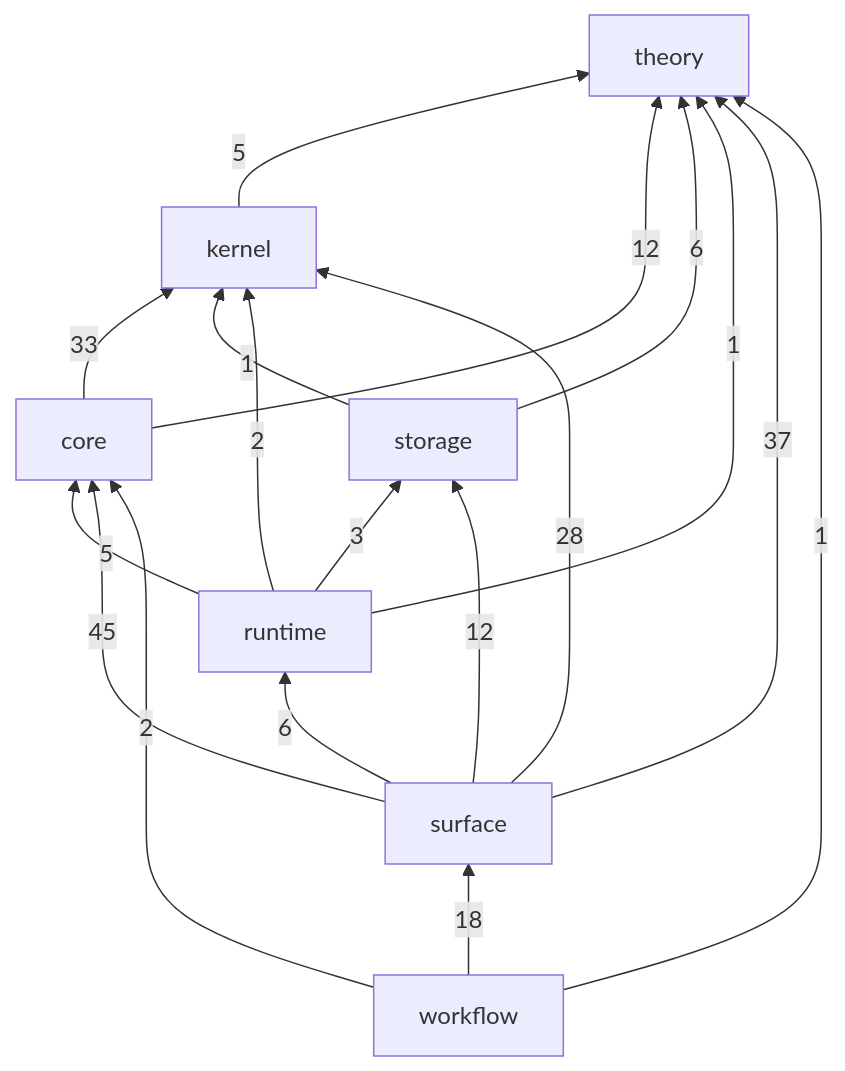
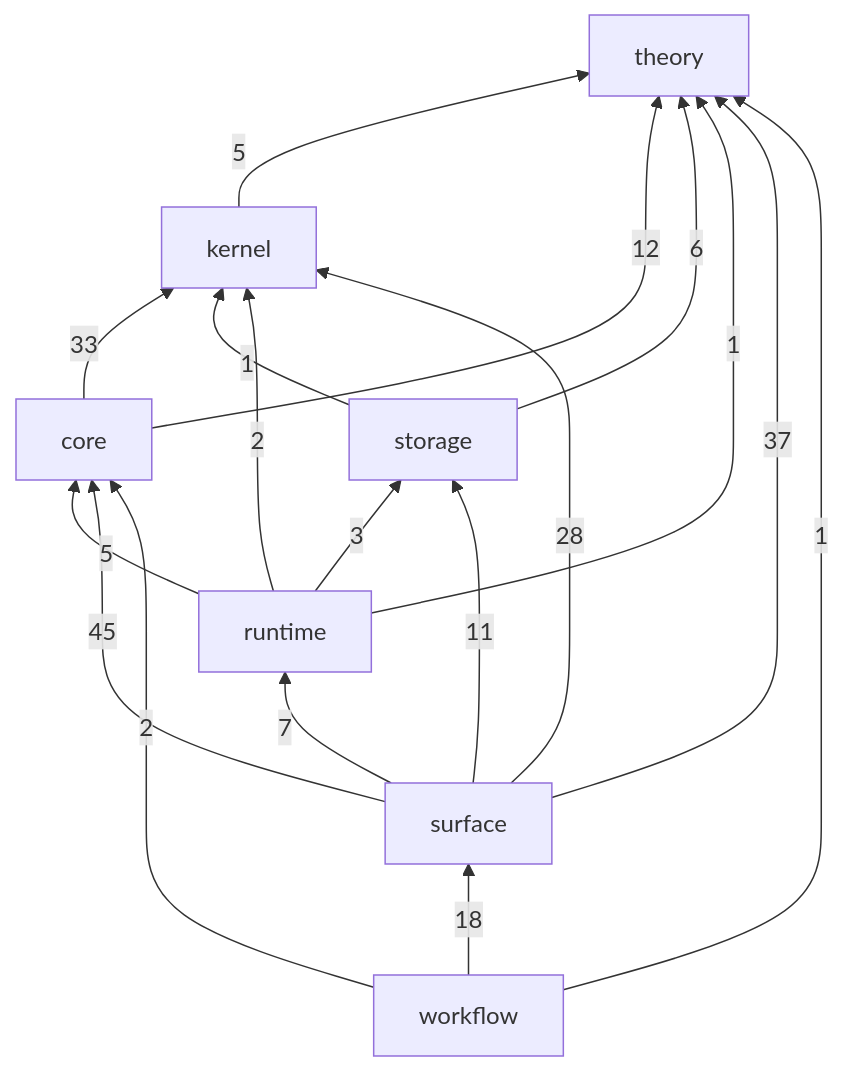
One commit to gandr-lang/gandr changed the first of 2 diagrams in crates/README.md. Above: the diagram before and after it, drawn with Mermaid. The commit also changed other lines of this file and 11 other files, not shown here.

First line of the commit message:
refactor(storage): gandr-storage-io leaves for the scoped runtime

````diff
--- a/crates/README.md
+++ b/crates/README.md
@@ -27,27 +27,27 @@
 ```mermaid
 flowchart BT
   theory
   kernel
   core
   storage
   runtime
   surface
   workflow
   kernel -->|5| theory
   core -->|12| theory
   core -->|33| kernel
   storage -->|6| theory
   storage -->|1| kernel
   runtime -->|1| theory
   runtime -->|2| kernel
   runtime -->|5| core
   runtime -->|3| storage
   surface -->|37| theory
   surface -->|28| kernel
   surface -->|45| core
-  surface -->|12| storage
-  surface -->|6| runtime
+  surface -->|11| storage
+  surface -->|7| runtime
   workflow -->|1| theory
   workflow -->|2| core
   workflow -->|18| surface
 ```
````
